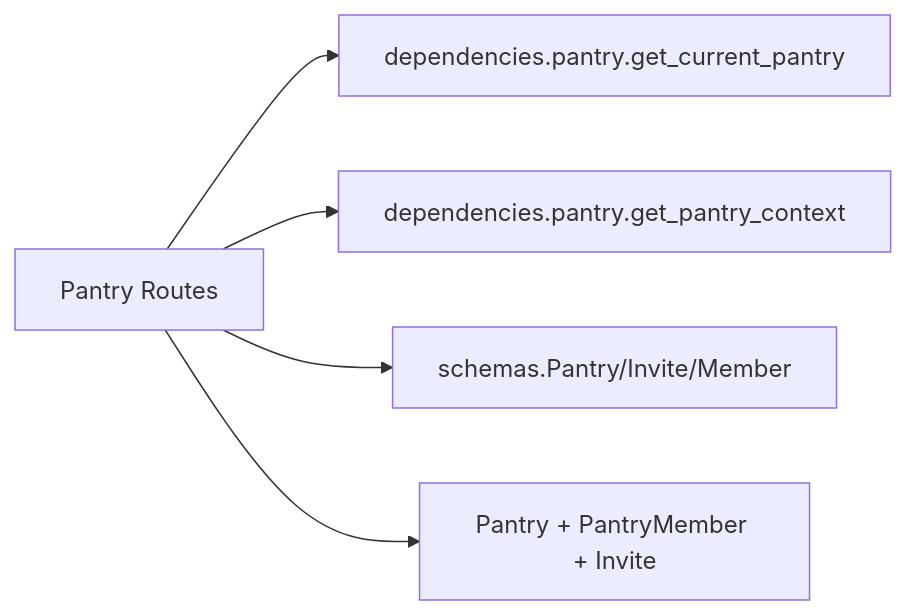
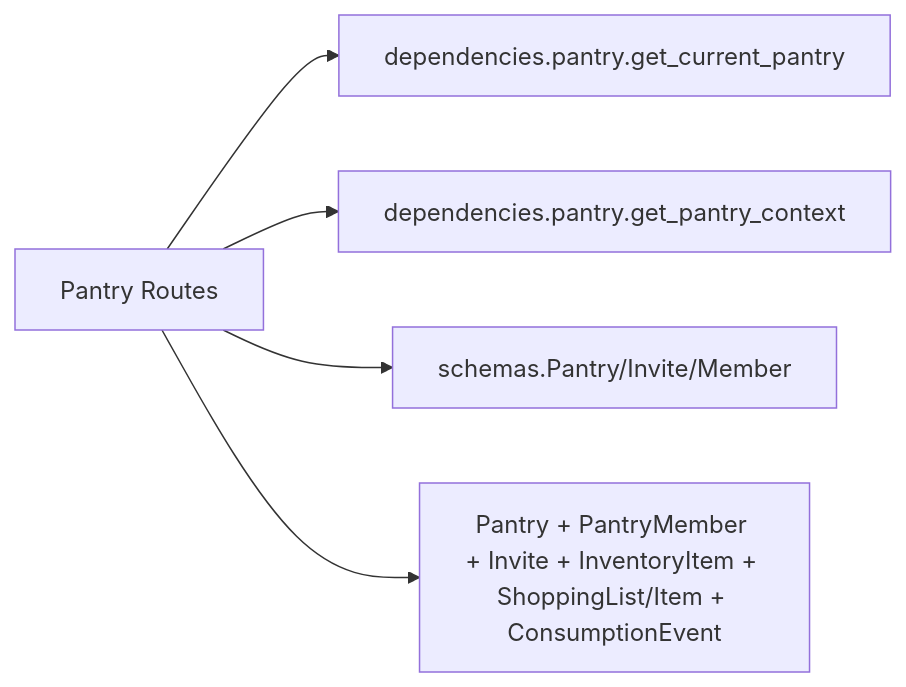
The diagram in wiki/modules/backend-routes-pantries.md (lorecanc/dispensapp), drawn with Mermaid before and after one commit. The commit also changed other lines of this file and 56 other files, not shown here.

````diff
--- a/wiki/modules/backend-routes-pantries.md
+++ b/wiki/modules/backend-routes-pantries.md
@@ -53,7 +56,7 @@
 ```mermaid
 graph LR
     PantryRoutes["Pantry Routes"] --> PantryDep["dependencies.pantry.get_current_pantry"]
     PantryRoutes --> PantryCtx["dependencies.pantry.get_pantry_context"]
     PantryRoutes --> Schemas["schemas.Pantry/Invite/Member"]
-    PantryRoutes --> ORM["Pantry + PantryMember + Invite"]
+    PantryRoutes --> ORM["Pantry + PantryMember + Invite + InventoryItem + ShoppingList/Item + ConsumptionEvent"]
 ```
````
